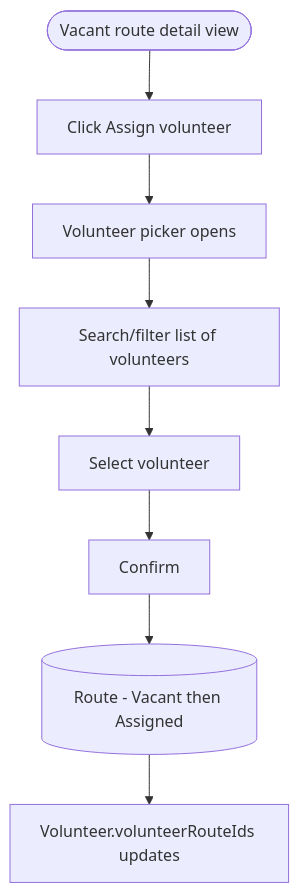
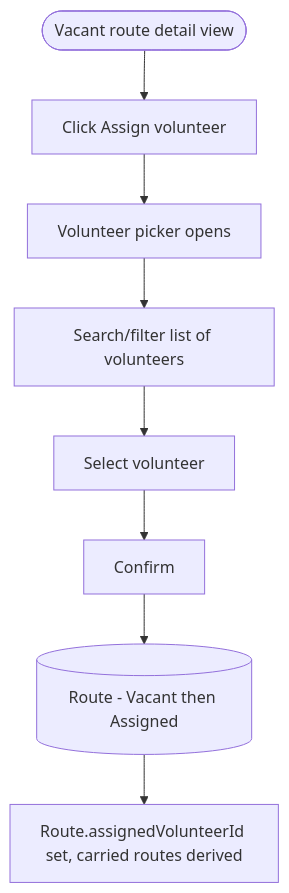
One commit to uwblueprint/beach-metro changed the fifth of 10 diagrams in docs/flows/route_management_flow.md. Above: the diagram before and after it, drawn with Mermaid. The commit also changed other lines of this file and 4 other files, not shown here.

````diff
--- a/docs/flows/route_management_flow.md
+++ b/docs/flows/route_management_flow.md
@@ -177,10 +177,10 @@
 ```mermaid
 flowchart TD
     Start([Vacant route detail view]) --> Click[Click Assign volunteer]
     Click --> Picker[Volunteer picker opens]
     Picker --> Search[Search/filter list of volunteers]
     Search --> Pick[Select volunteer]
     Pick --> Confirm[Confirm]
     Confirm --> Updates[(Route - Vacant then Assigned)]
-    Updates --> VolUpdate[Volunteer.volunteerRouteIds updates]
+    Updates --> VolUpdate[Route.assignedVolunteerId set, carried routes derived]
 ```
````
